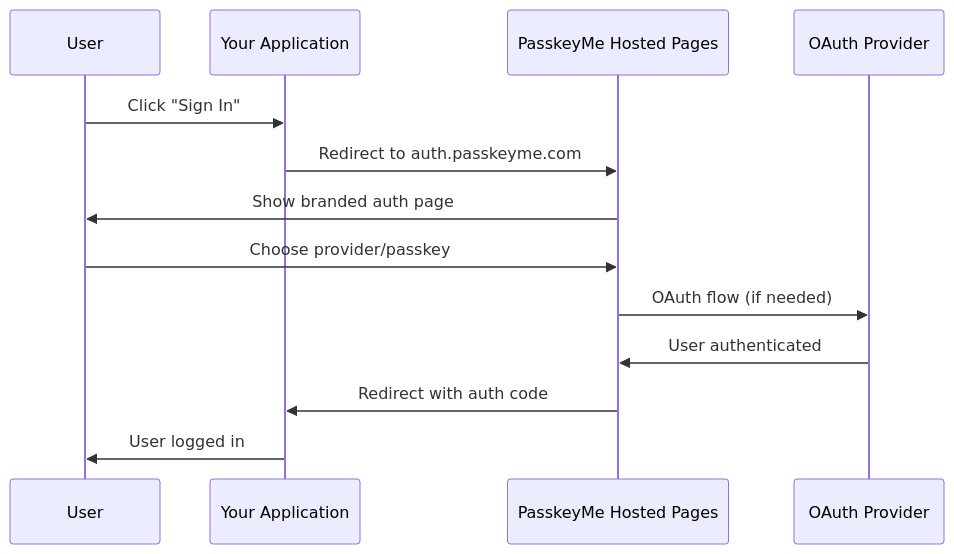
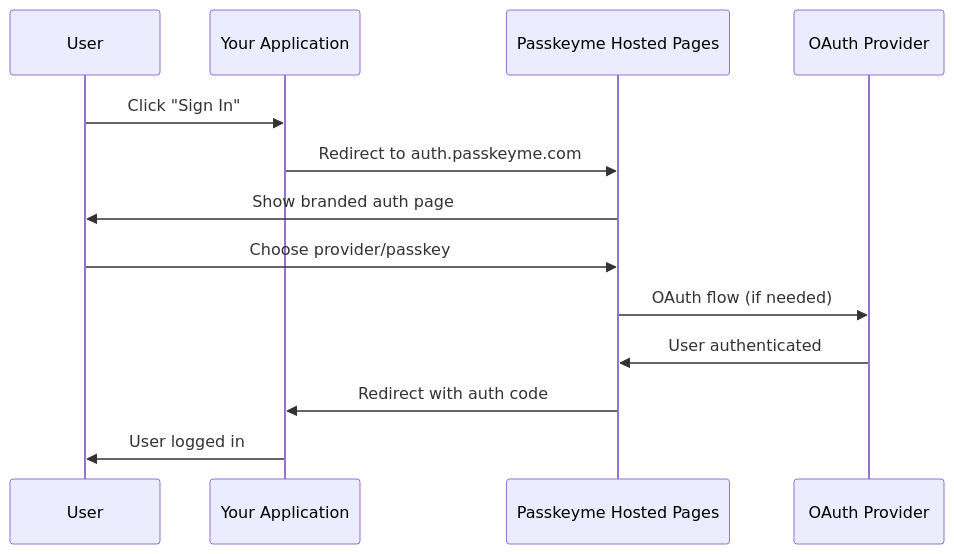
Before and after one commit to justincrosbie/passkeyme-docs: the diagram in docs/hosted-auth/index.md, drawn with Mermaid. The commit also changed other lines of this file and 39 other files, not shown here.

````diff
--- a/docs/hosted-auth/index.md
+++ b/docs/hosted-auth/index.md
@@ -30,16 +30,16 @@
 ```mermaid
 sequenceDiagram
     participant User
     participant YourApp as Your Application
-    participant PasskeyMe as PasskeyMe Hosted Pages
+    participant Passkeyme as Passkeyme Hosted Pages
     participant Provider as OAuth Provider
 
     User->>YourApp: Click "Sign In"
-    YourApp->>PasskeyMe: Redirect to auth.passkeyme.com
-    PasskeyMe->>User: Show branded auth page
-    User->>PasskeyMe: Choose provider/passkey
-    PasskeyMe->>Provider: OAuth flow (if needed)
-    Provider->>PasskeyMe: User authenticated
-    PasskeyMe->>YourApp: Redirect with auth code
+    YourApp->>Passkeyme: Redirect to auth.passkeyme.com
+    Passkeyme->>User: Show branded auth page
+    User->>Passkeyme: Choose provider/passkey
+    Passkeyme->>Provider: OAuth flow (if needed)
+    Provider->>Passkeyme: User authenticated
+    Passkeyme->>YourApp: Redirect with auth code
     YourApp->>User: User logged in
 ```
````
